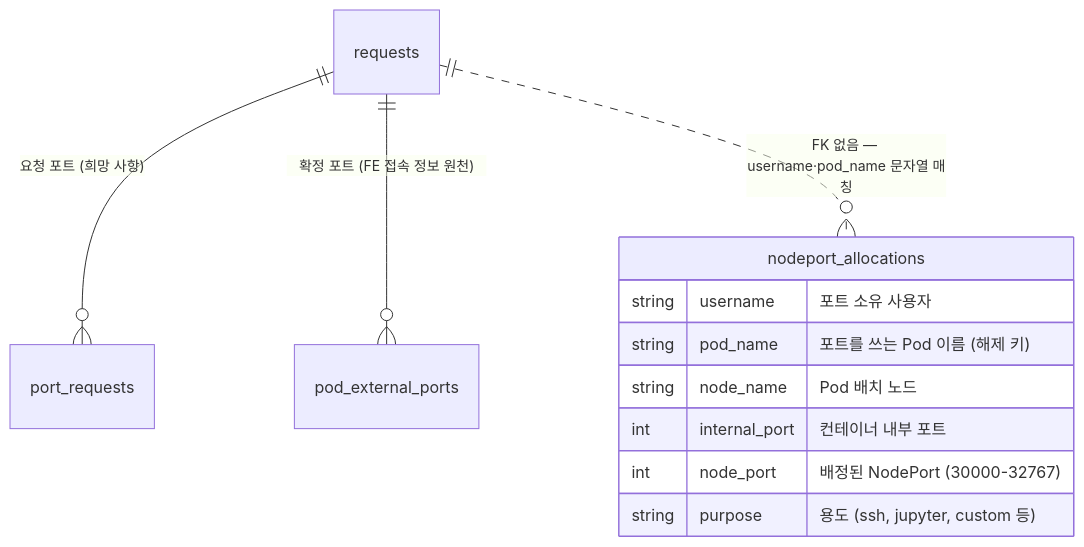
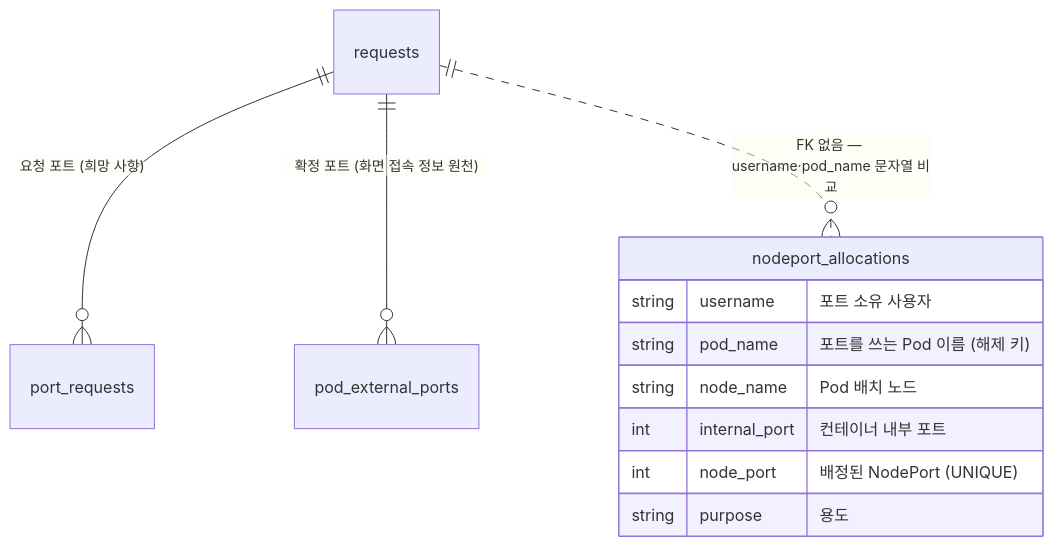
Before and after one commit to CSID-DGU/admin_wiki: the diagram in md/infra/design/데이터베이스.md, drawn with Mermaid. The commit also changed other lines of this file and 12 other files, not shown here.

````diff
--- a/md/infra/design/데이터베이스.md
+++ b/md/infra/design/데이터베이스.md
@@ -344,15 +227,15 @@
 ```mermaid
 erDiagram
     requests ||--o{ port_requests : "요청 포트 (희망 사항)"
-    requests ||--o{ pod_external_ports : "확정 포트 (FE 접속 정보 원천)"
-    requests ||..o{ nodeport_allocations : "FK 없음 — username·pod_name 문자열 매칭"
+    requests ||--o{ pod_external_ports : "확정 포트 (화면 접속 정보 원천)"
+    requests ||..o{ nodeport_allocations : "FK 없음 — username·pod_name 문자열 비교"
 
     nodeport_allocations {
         string username "포트 소유 사용자"
         string pod_name "포트를 쓰는 Pod 이름 (해제 키)"
         string node_name "Pod 배치 노드"
         int internal_port "컨테이너 내부 포트"
-        int node_port "배정된 NodePort (30000-32767)"
-        string purpose "용도 (ssh, jupyter, custom 등)"
+        int node_port "배정된 NodePort (UNIQUE)"
+        string purpose "용도"
     }
 ```
````
